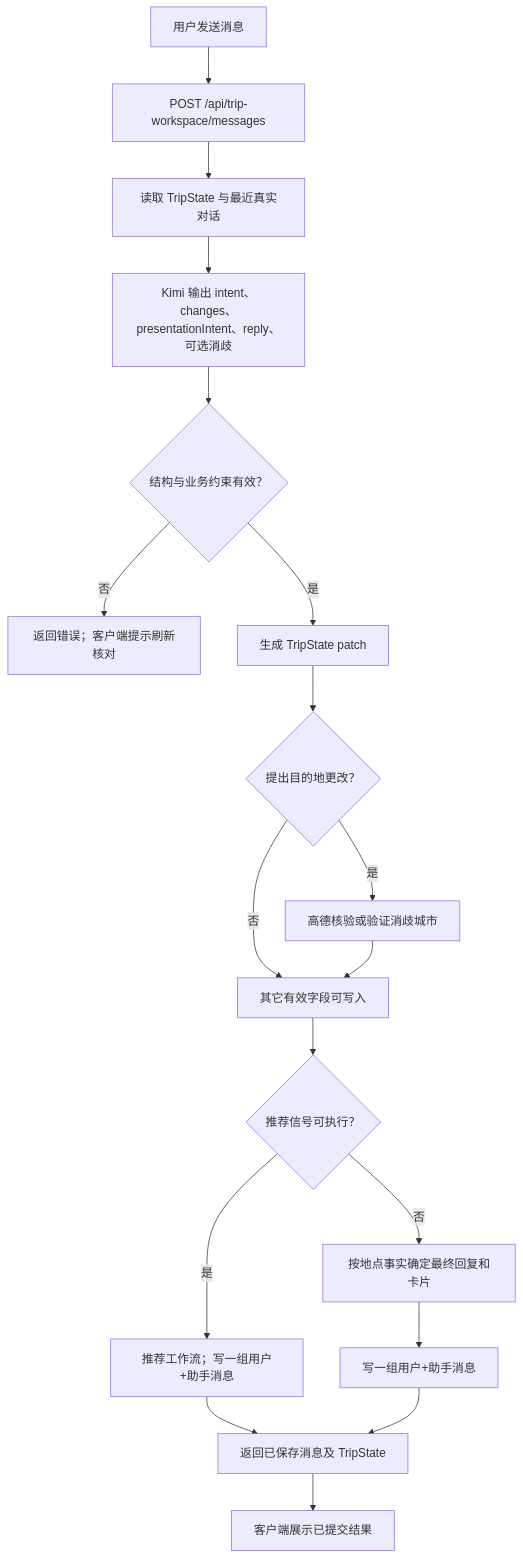
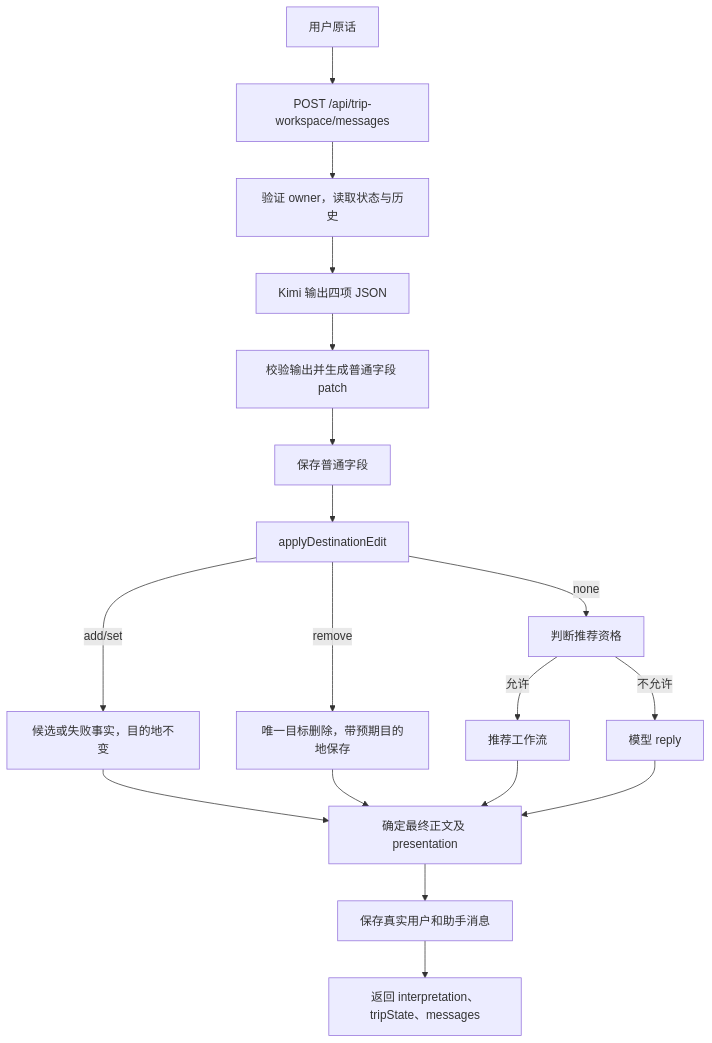
The third of 3 diagrams in docs/USER_FLOW_CURRENT.md (meiyulin22/Meri-Road-Trip), drawn with Mermaid before and after one commit. The commit also changed other lines of this file and 96 other files, not shown here.

Commit message:
refactor(destination): unify selection flow and province-city-spot state 1.009

````diff
--- a/docs/USER_FLOW_CURRENT.md
+++ b/docs/USER_FLOW_CURRENT.md
@@ -82,20 +119,20 @@
 ```mermaid
 flowchart TD
-  U[用户发送消息] --> A[POST /api/trip-workspace/messages]
-  A --> B[读取 TripState 与最近真实对话]
-  B --> C[Kimi 输出 intent、changes、presentationIntent、reply、可选消歧]
-  C --> D{结构与业务约束有效？}
-  D -->|否| ERR[返回错误；客户端提示刷新核对]
-  D -->|是| E[生成 TripState patch]
-  E --> F{提出目的地更改？}
-  F -->|否| H[其它有效字段可写入]
-  F -->|是| G[高德核验或验证消歧城市]
-  G --> H
-  H --> I{推荐信号可执行？}
-  I -->|是| J[推荐工作流；写一组用户+助手消息]
-  I -->|否| K[按地点事实确定最终回复和卡片]
-  K --> L[写一组用户+助手消息]
-  J --> M[返回已保存消息及 TripState]
-  L --> M
-  M --> N[客户端展示已提交结果]
+  U[用户原话] --> A[POST /api/trip-workspace/messages]
+  A --> B[验证 owner，读取状态与历史]
+  B --> C[Kimi 输出四项 JSON]
+  C --> D[校验输出并生成普通字段 patch]
+  D --> E[保存普通字段]
+  E --> F[applyDestinationEdit]
+  F -->|add/set| G[候选或失败事实，目的地不变]
+  F -->|remove| H[唯一目标删除，带预期目的地保存]
+  F -->|none| I[判断推荐资格]
+  I -->|允许| J[推荐工作流]
+  I -->|不允许| K[模型 reply]
+  G --> L[确定最终正文及 presentation]
+  H --> L
+  J --> L
+  K --> L
+  L --> M[保存真实用户和助手消息]
+  M --> N[返回 interpretation、tripState、messages]
 ```
````
